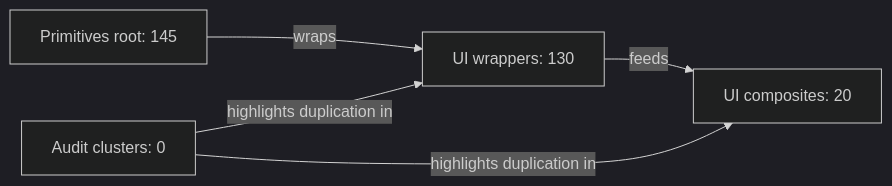
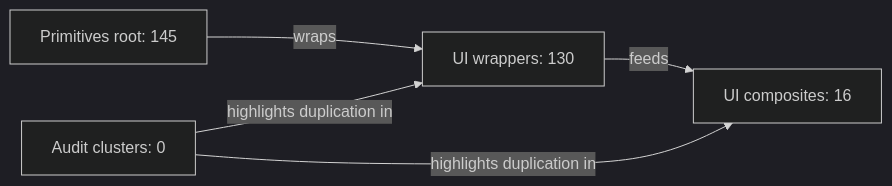
One commit to rob-balfre/dryui changed the first of 2 diagrams in reports/architecture-audit.md. Above: the diagram before and after it, drawn with Mermaid (dark theme). The commit also changed other lines of this file and 75 other files, not shown here.

First line of the commit message:
feat: replace diagram component suite with unified Diagram, fix demo tokens and component quality

````diff
--- a/reports/architecture-audit.md
+++ b/reports/architecture-audit.md
@@ -18,11 +18,11 @@
 ```mermaid
 flowchart LR
   p_root["Primitives root: 145"]
   u_wrap["UI wrappers: 130"]
-  u_comp["UI composites: 20"]
+  u_comp["UI composites: 16"]
   audit["Audit clusters: 0"]
   p_root -->|wraps| u_wrap
   u_wrap -->|feeds| u_comp
   audit -->|highlights duplication in| u_comp
   audit -->|highlights duplication in| u_wrap
 ```
````
